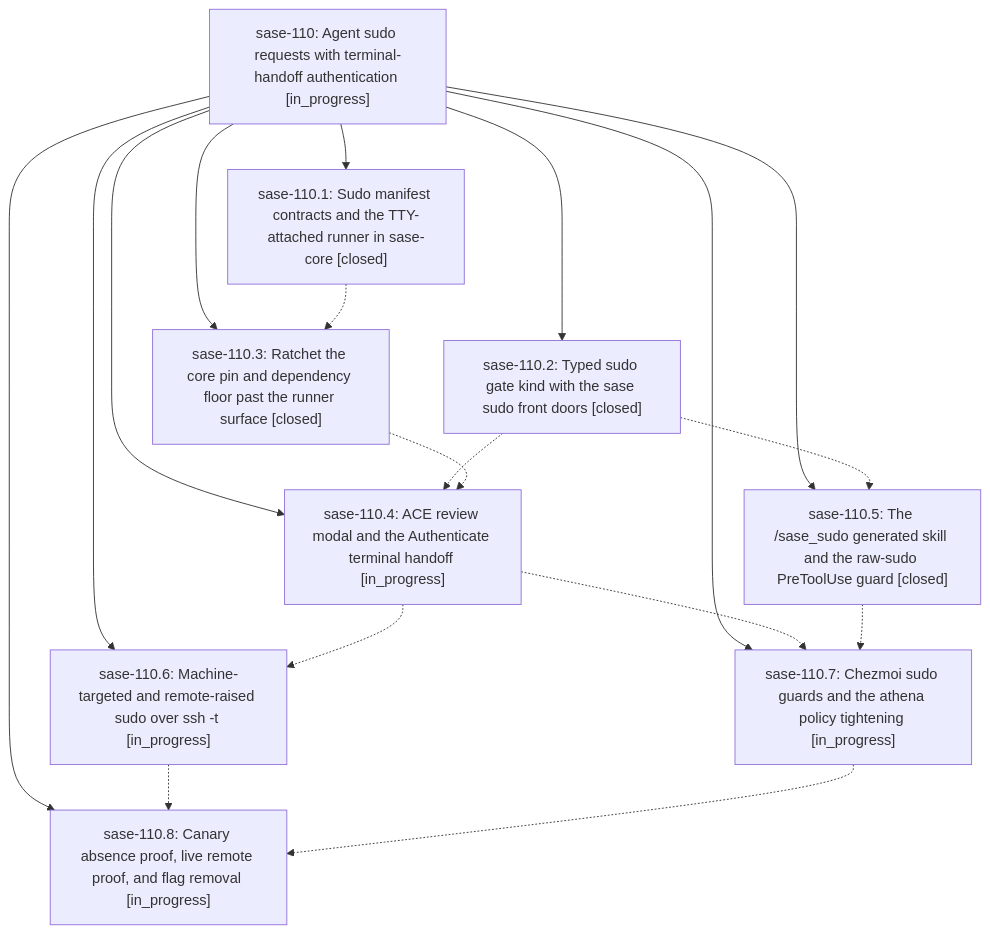
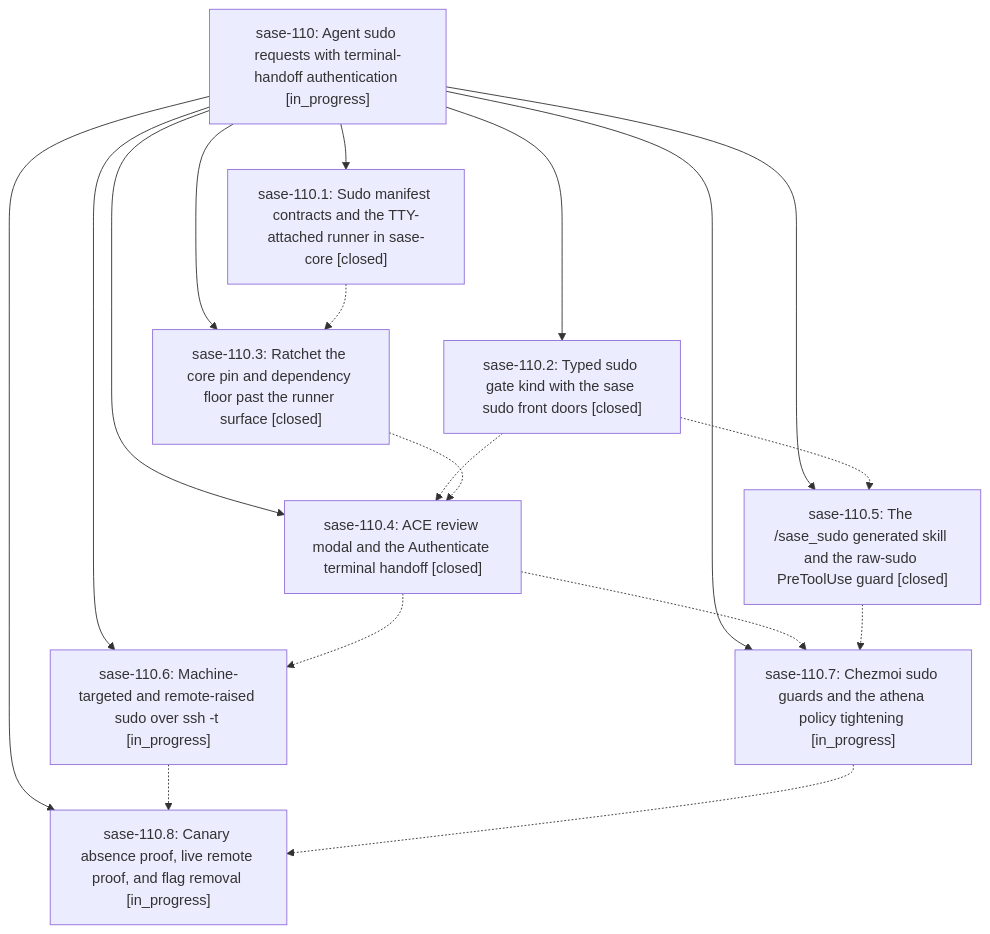
Before and after one commit to sase-org/sase--beads: the diagram in pages/sase-110/README.md, drawn with Mermaid. The commit also changed other lines of this file and 5 other files, not shown here.

````diff
--- a/pages/sase-110/README.md
+++ b/pages/sase-110/README.md
@@ -29,29 +29,29 @@
 ```mermaid
 flowchart TD
     n0["sase-110: Agent sudo requests with terminal-handoff authentication [in_progress]"]
     n1["sase-110.1: Sudo manifest contracts and the TTY-attached runner in sase-core [closed]"]
     n2["sase-110.2: Typed sudo gate kind with the sase sudo front doors [closed]"]
     n3["sase-110.3: Ratchet the core pin and dependency floor past the runner surface [closed]"]
-    n4["sase-110.4: ACE review modal and the Authenticate terminal handoff [in_progress]"]
+    n4["sase-110.4: ACE review modal and the Authenticate terminal handoff [closed]"]
     n5["sase-110.5: The /sase_sudo generated skill and the raw-sudo PreToolUse guard [closed]"]
     n6["sase-110.6: Machine-targeted and remote-raised sudo over ssh -t [in_progress]"]
     n7["sase-110.7: Chezmoi sudo guards and the athena policy tightening [in_progress]"]
     n8["sase-110.8: Canary absence proof, live remote proof, and flag removal [in_progress]"]
     n0 --> n1
     n0 --> n2
     n0 --> n3
     n0 --> n4
     n0 --> n5
     n0 --> n6
     n0 --> n7
     n0 --> n8
     n1 -.-> n3
     n2 -.-> n4
     n2 -.-> n5
     n3 -.-> n4
     n4 -.-> n6
     n4 -.-> n7
     n5 -.-> n7
     n6 -.-> n8
     n7 -.-> n8
 ```
````
